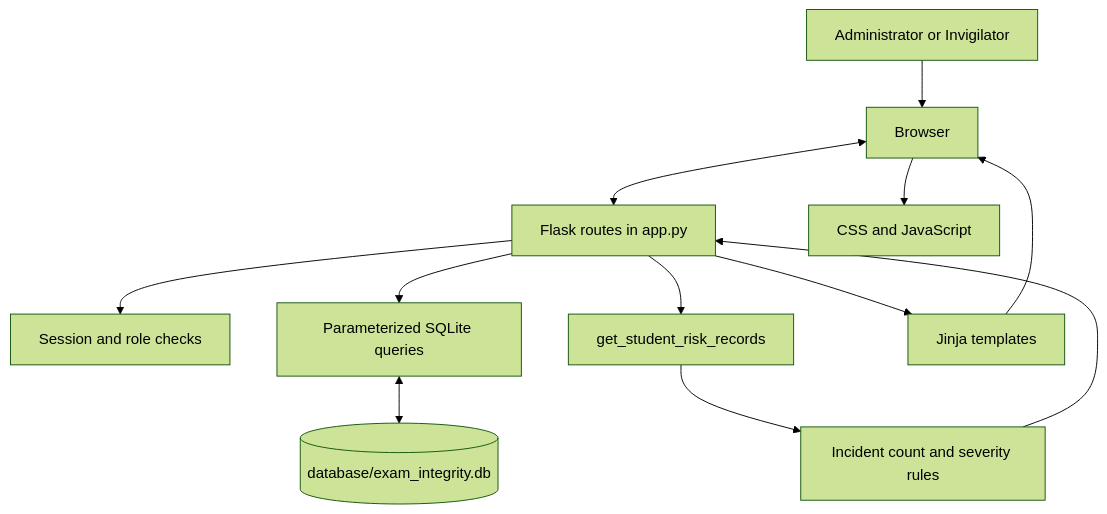
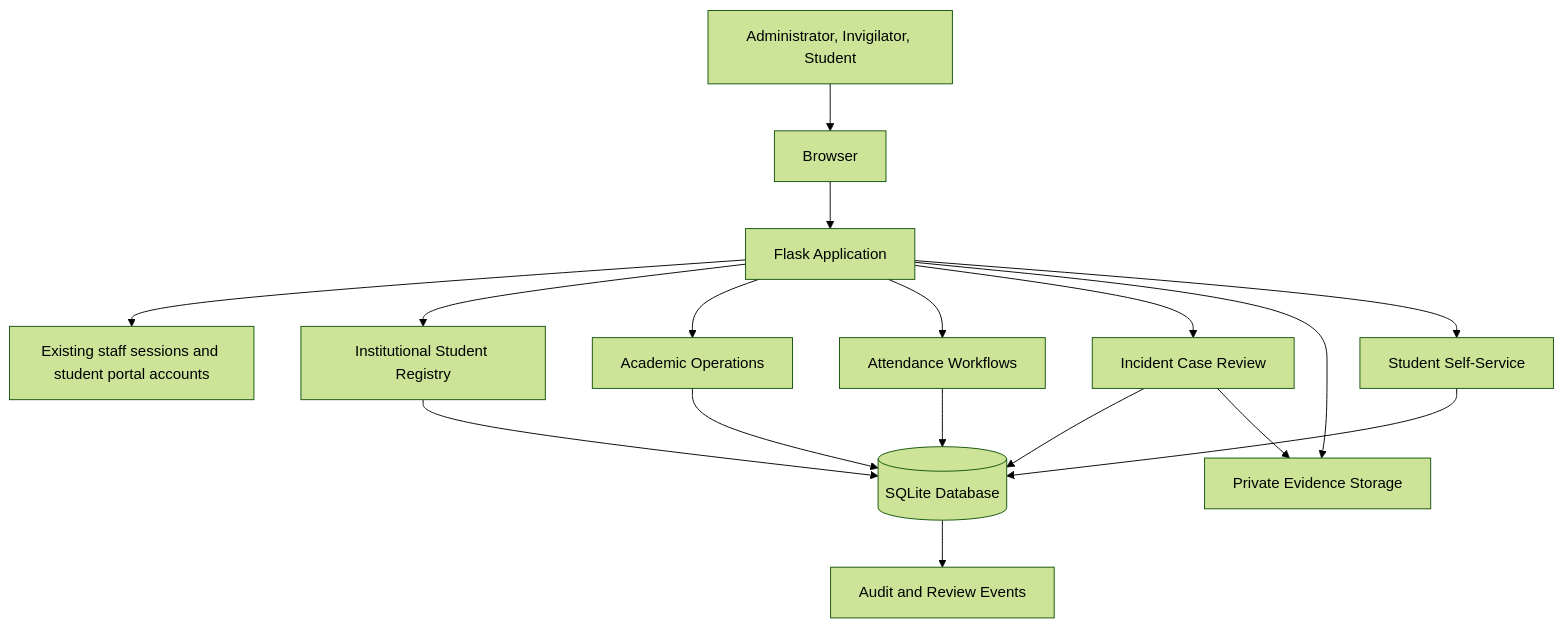
The diagram in docs/ARCHITECTURE.md (Moana-star/AI_INTEGRITY), drawn with Mermaid (forest theme) before and after one commit. The commit also changed other lines of this file, not shown here.

Commit message:
Document current modular institutional architecture

````diff
--- a/docs/ARCHITECTURE.md
+++ b/docs/ARCHITECTURE.md
@@ -9,14 +7,19 @@
 ```mermaid
 flowchart TD
-    User[Administrator or Invigilator] --> Browser[Browser]
-    Browser <--> Flask[Flask routes in app.py]
-    Flask --> Access[Session and role checks]
-    Flask --> SQL[Parameterized SQLite queries]
-    SQL <--> DB[(database/exam_integrity.db)]
-    Flask --> Analysis[get_student_risk_records]
-    Analysis --> Rules[Incident count and severity rules]
-    Rules --> Flask
-    Flask --> Templates[Jinja templates]
-    Templates --> Browser
-    Browser --> Assets[CSS and JavaScript]
+    USERS[Administrator, Invigilator, Student] --> WEB[Browser]
+    WEB --> APP[Flask Application]
+    APP --> AUTH[Existing staff sessions and student portal accounts]
+    APP --> REG[Institutional Student Registry]
+    APP --> OPS[Academic Operations]
+    APP --> ATT[Attendance Workflows]
+    APP --> CASE[Incident Case Review]
+    APP --> EVID[Private Evidence Storage]
+    APP --> PORTAL[Student Self-Service]
+    REG --> DB[(SQLite Database)]
+    OPS --> DB
+    ATT --> DB
+    CASE --> DB
+    PORTAL --> DB
+    CASE --> EVID
+    DB --> AUDIT[Audit and Review Events]
 ```
````
